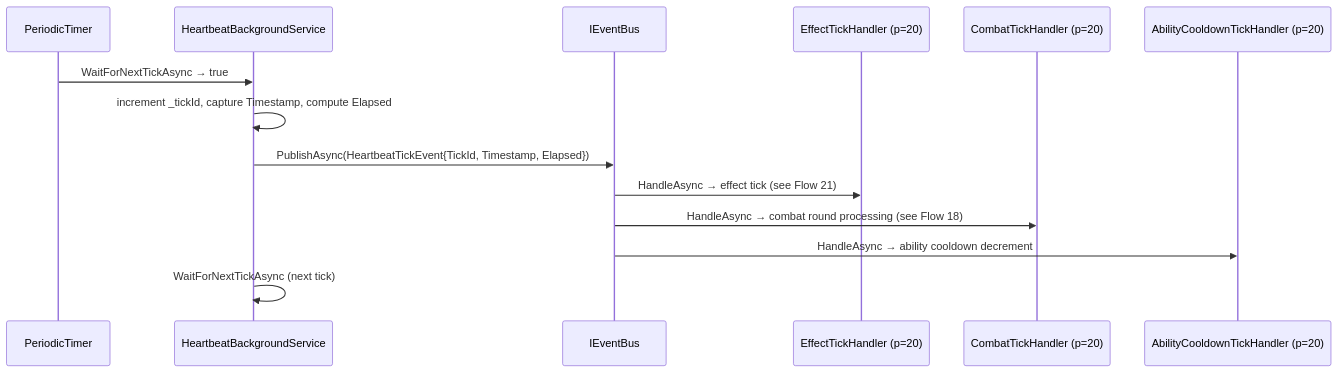
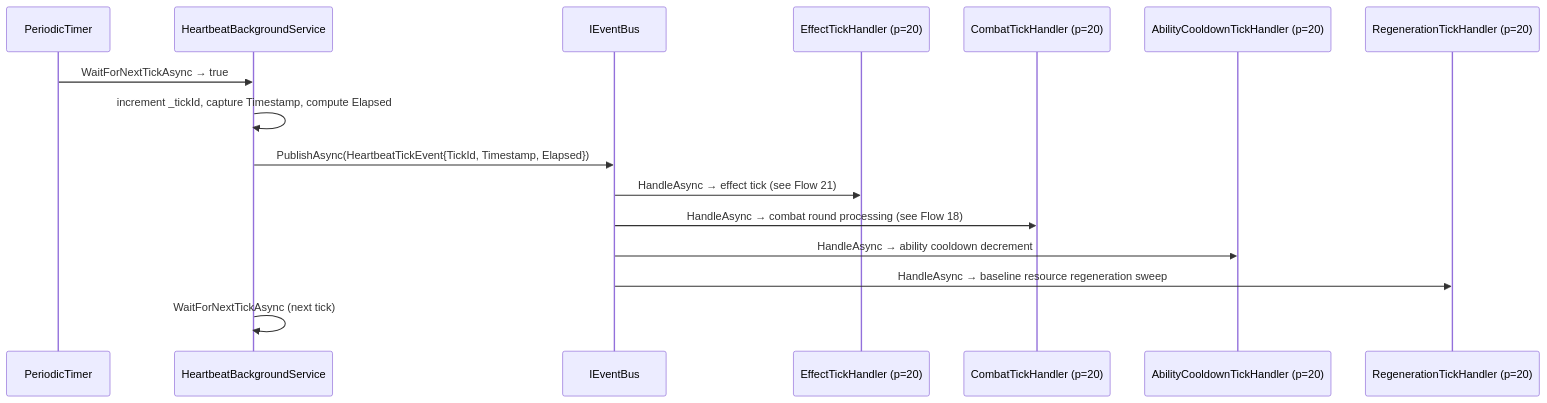
The diagram in docs/architecture/flows/flow-16-heartbeat-tick.md (dmbyer/Hedron), drawn with Mermaid before and after one commit. The commit also changed other lines of this file and 21 other files, not shown here.

First line of the commit message:
slice 11-c: resource regeneration + rest (#107)

````diff
--- a/docs/architecture/flows/flow-16-heartbeat-tick.md
+++ b/docs/architecture/flows/flow-16-heartbeat-tick.md
@@ -9,17 +9,19 @@
 ```mermaid
 sequenceDiagram
     participant Timer as PeriodicTimer
     participant HBS as HeartbeatBackgroundService
     participant Bus as IEventBus
     participant ETH as EffectTickHandler (p=20)
     participant CTH as CombatTickHandler (p=20)
     participant ACTH as AbilityCooldownTickHandler (p=20)
+    participant RTH as RegenerationTickHandler (p=20)
 
     Timer->>HBS: WaitForNextTickAsync → true
     HBS->>HBS: increment _tickId, capture Timestamp, compute Elapsed
     HBS->>Bus: PublishAsync(HeartbeatTickEvent{TickId, Timestamp, Elapsed})
     Bus->>ETH: HandleAsync → effect tick (see Flow 21)
     Bus->>CTH: HandleAsync → combat round processing (see Flow 18)
     Bus->>ACTH: HandleAsync → ability cooldown decrement
+    Bus->>RTH: HandleAsync → baseline resource regeneration sweep
     HBS->>HBS: WaitForNextTickAsync (next tick)
 ```
````
